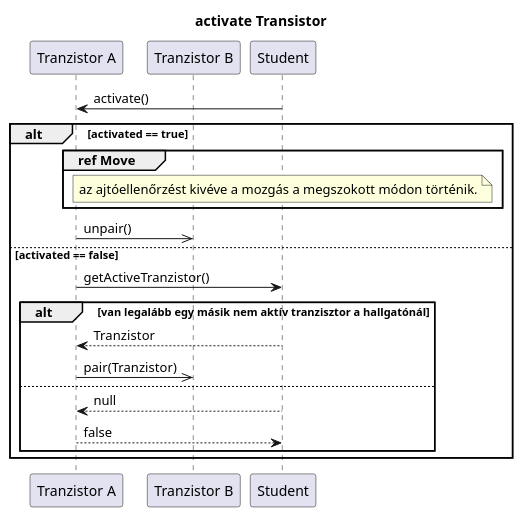
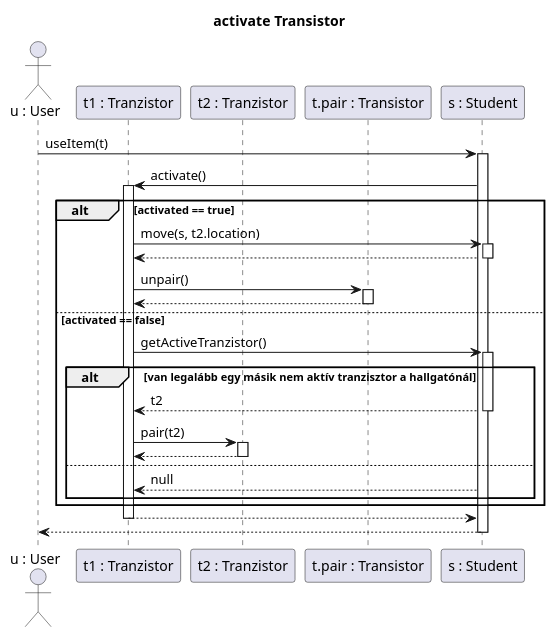
The first of 2 diagrams in diagramms/src/transistor.puml (kipolaris/skyrimscriptsuttogok), drawn with PlantUML before and after one commit. The commit also changed other lines of this file and 27 other files, not shown here.

Commit message:
finished fixing sequence diagrams based on labvez opinion

```diff
--- a/diagramms/src/transistor.puml
+++ b/diagramms/src/transistor.puml
@@ -1,32 +1,39 @@
 @startuml activate
 
 Title activate Transistor
 
-Participant "Tranzistor A" as tranz
-participant "Tranzistor B" as tranz2
-Participant Student as h
+actor "u : User" as u
+Participant "t1 : Tranzistor" as tranz
+participant "t2 : Tranzistor" as tranz2
+participant "t.pair : Transistor" as p
+Participant "s : Student" as h
 
-h->tranz : activate()
+u->h ++: useItem(t)
+h->tranz ++: activate()
 
 alt activated == true
 
-    group ref Move
-        note over h : az ajtóellenőrzést kivéve a mozgás a megszokott módon történik.
-    end
+    tranz -> h ++: move(s, t2.location)
+    return
 
-    tranz->>tranz2 : unpair()
+    tranz->p ++: unpair()
+    return
+
 else activated == false
-    'Ez hogyan legyen pontosan?'
-    tranz->h : getActiveTranzistor()
+
+    tranz->h ++: getActiveTranzistor()
     alt van legalább egy másik nem aktív tranzisztor a hallgatónál
-        h-->tranz : Tranzistor
+        h-->tranz --: t2
 
-        tranz->>tranz2 : pair(Tranzistor)
+        tranz->tranz2 ++: pair(t2)
+        return
     else
         h-->tranz : null
-        tranz-->h : false
     end
 
 end
 
+tranz --> h --:
+h-->u --:
+
 @enduml
```
